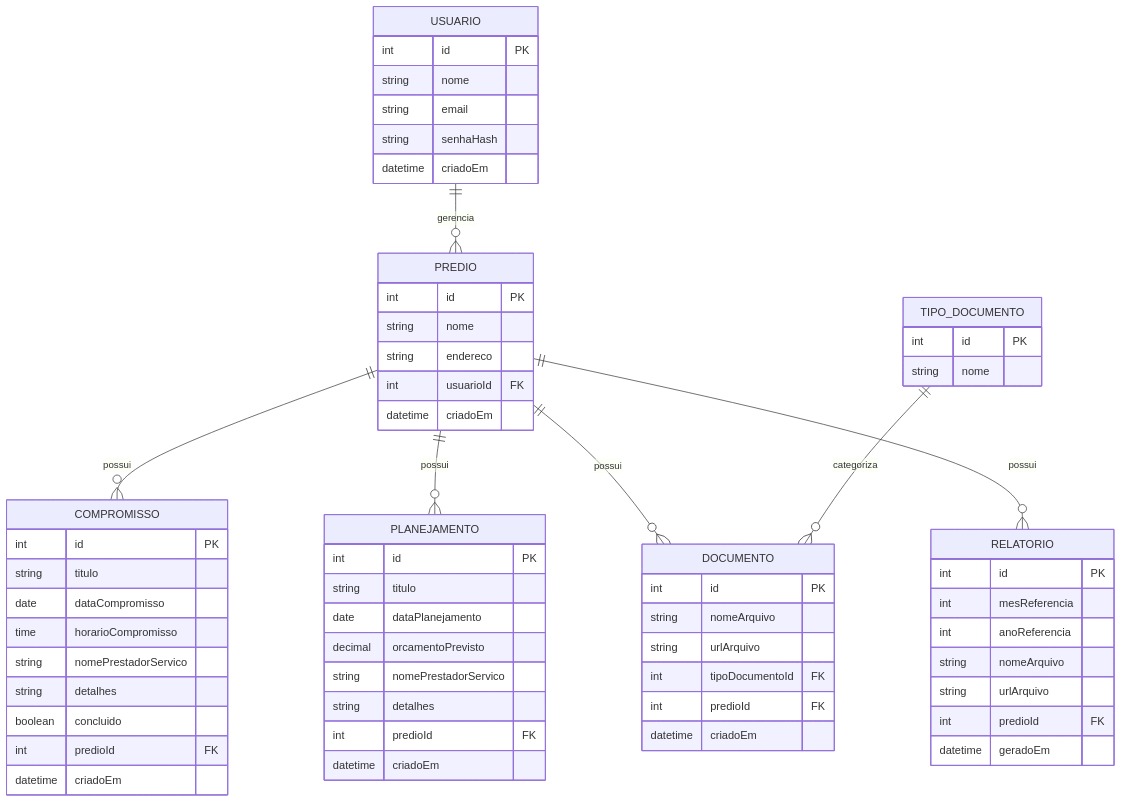
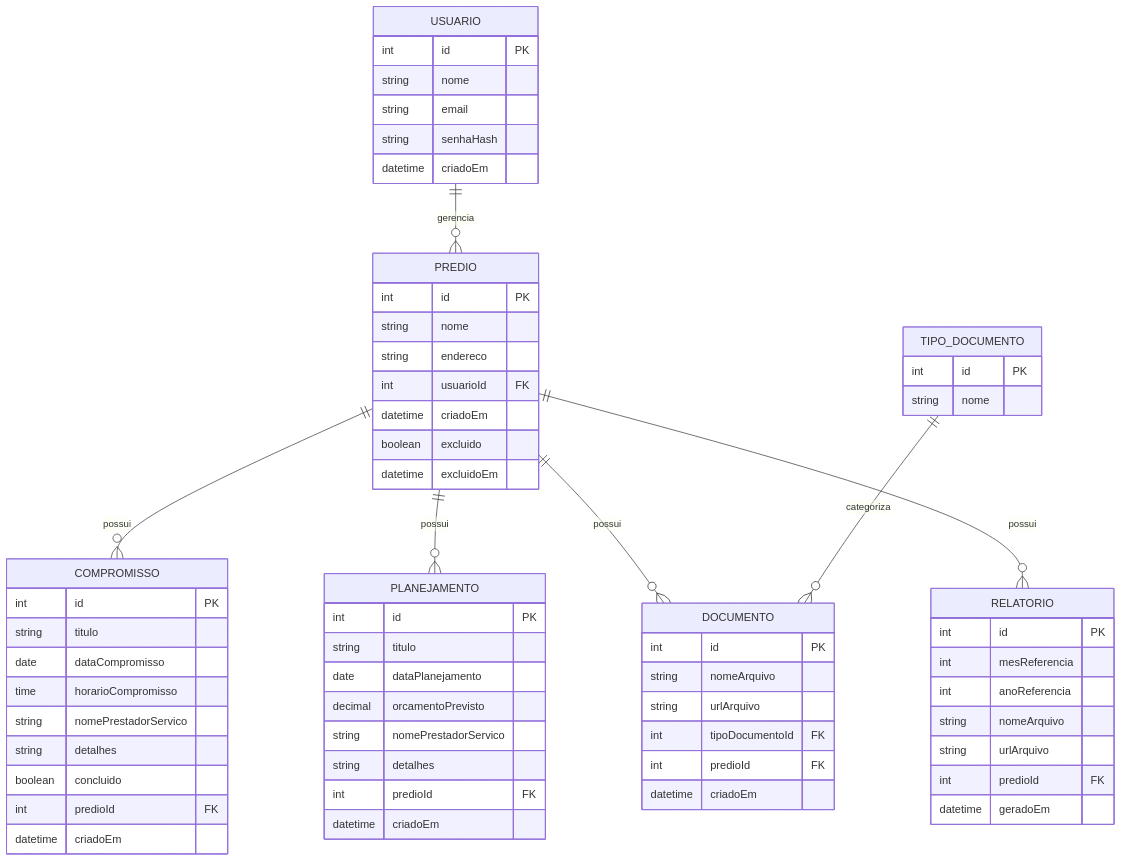
Diagram 15 of 15 in documentation/RFC/RFC.md (pdrollucas/euSindico), drawn with Mermaid before and after one commit. The commit also changed other lines of this file, not shown here.

````diff
--- a/documentation/RFC/RFC.md
+++ b/documentation/RFC/RFC.md
@@ -829,75 +830,77 @@
 ```mermaid
 erDiagram
 
     USUARIO {
         int id PK
         string nome
         string email
         string senhaHash
         datetime criadoEm
     }
 
     PREDIO {
         int id PK
         string nome
         string endereco
         int usuarioId FK
         datetime criadoEm
+        boolean excluido
+        datetime excluidoEm
     }
 
     COMPROMISSO {
         int id PK
         string titulo
         date dataCompromisso
         time horarioCompromisso
         string nomePrestadorServico
         string detalhes
         boolean concluido
         int predioId FK
         datetime criadoEm
     }
 
     PLANEJAMENTO {
         int id PK
         string titulo
         date dataPlanejamento
         decimal orcamentoPrevisto
         string nomePrestadorServico
         string detalhes
         int predioId FK
         datetime criadoEm
     }
 
     TIPO_DOCUMENTO {
         int id PK
         string nome
     }
 
     DOCUMENTO {
         int id PK
         string nomeArquivo
         string urlArquivo
         int tipoDocumentoId FK
         int predioId FK
         datetime criadoEm
     }
 
     RELATORIO {
         int id PK
         int mesReferencia
         int anoReferencia
         string nomeArquivo
         string urlArquivo
         int predioId FK
         datetime geradoEm
     }
 
     USUARIO ||--o{ PREDIO : gerencia
 
     PREDIO ||--o{ COMPROMISSO : possui
     PREDIO ||--o{ PLANEJAMENTO : possui
     PREDIO ||--o{ DOCUMENTO : possui
     PREDIO ||--o{ RELATORIO : possui
 
     TIPO_DOCUMENTO ||--o{ DOCUMENTO : categoriza
 ```
````
